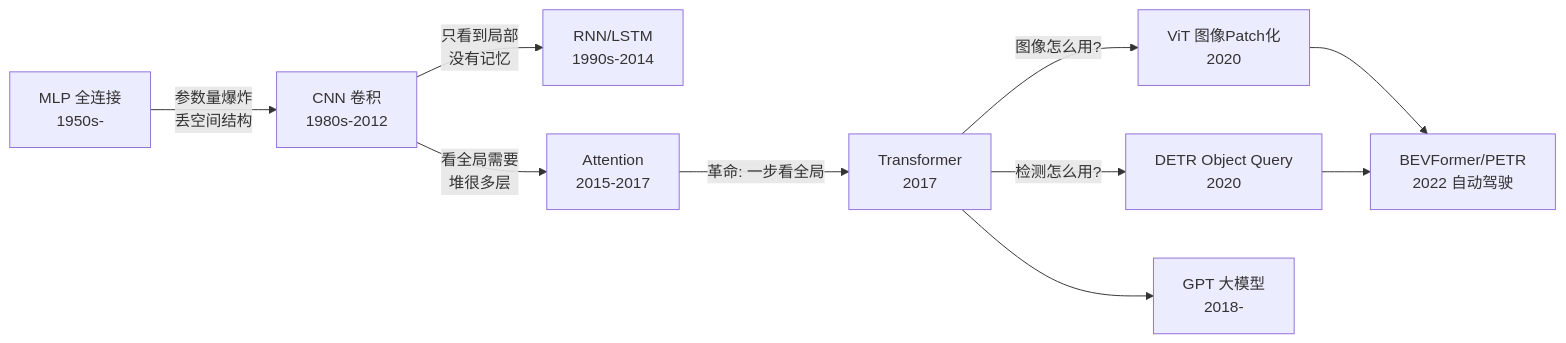
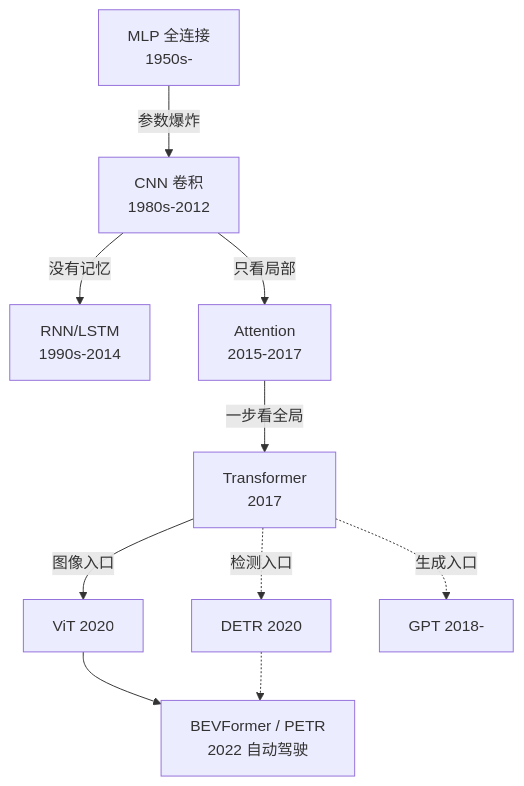
One commit to salad18/AutoDriveLearningNote changed the first of 8 diagrams in 01-基础理论/模型架构演进.md. Above: the diagram before and after it, drawn with Mermaid. The commit also changed other lines of this file and 40 other files, not shown here.

First line of the commit message:
docs: 新增数据闭环/面试/热点系列笔记，mermaid 图统一竖排

````diff
--- a/01-基础理论/模型架构演进.md
+++ b/01-基础理论/模型架构演进.md
@@ -29,12 +29,12 @@
 ```mermaid
-graph LR
-    A[MLP 全连接<br/>1950s-] -->|"参数量爆炸<br/>丢空间结构"| B[CNN 卷积<br/>1980s-2012]
-    B -->|"只看到局部<br/>没有记忆"| C[RNN/LSTM<br/>1990s-2014]
-    B -->|"看全局需要<br/>堆很多层"| D[Attention<br/>2015-2017]
-    D -->|"革命: 一步看全局"| E[Transformer<br/>2017]
-    E -->|"图像怎么用?"| F[ViT 图像Patch化<br/>2020]
-    E -->|"检测怎么用?"| G[DETR Object Query<br/>2020]
-    F --> H[BEVFormer/PETR<br/>2022 自动驾驶]
-    G --> H
-    E --> I[GPT 大模型<br/>2018-]
+flowchart TD
+    A[MLP 全连接<br/>1950s-] -->|参数爆炸| B[CNN 卷积<br/>1980s-2012]
+    B -->|没有记忆| C[RNN/LSTM<br/>1990s-2014]
+    B -->|只看局部| D[Attention<br/>2015-2017]
+    D -->|一步看全局| E[Transformer<br/>2017]
+    E -->|图像入口| F[ViT 2020]
+    F --> H[BEVFormer / PETR<br/>2022 自动驾驶]
+    E -.检测入口.-> G[DETR 2020]
+    G -.-> H
+    E -.生成入口.-> I[GPT 2018-]
 ```
````
